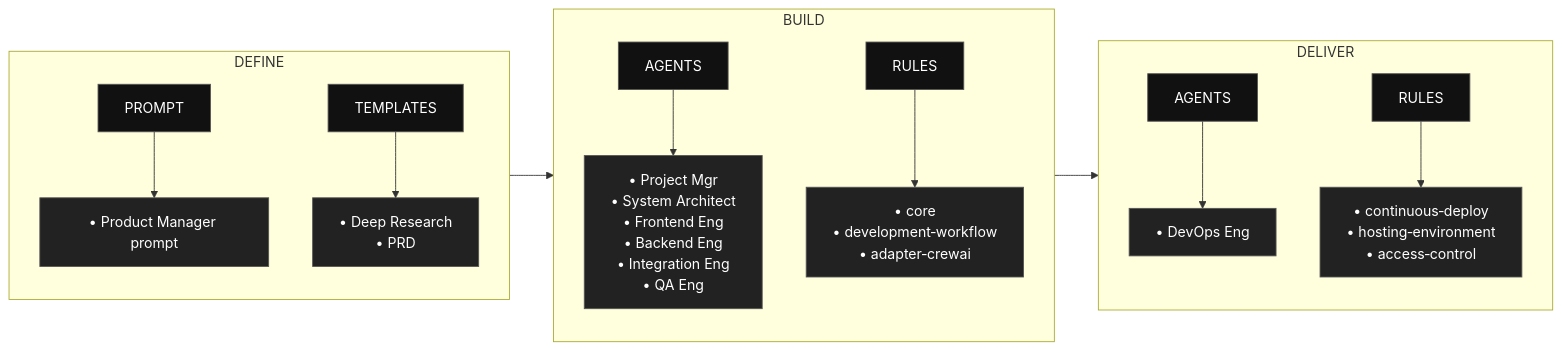
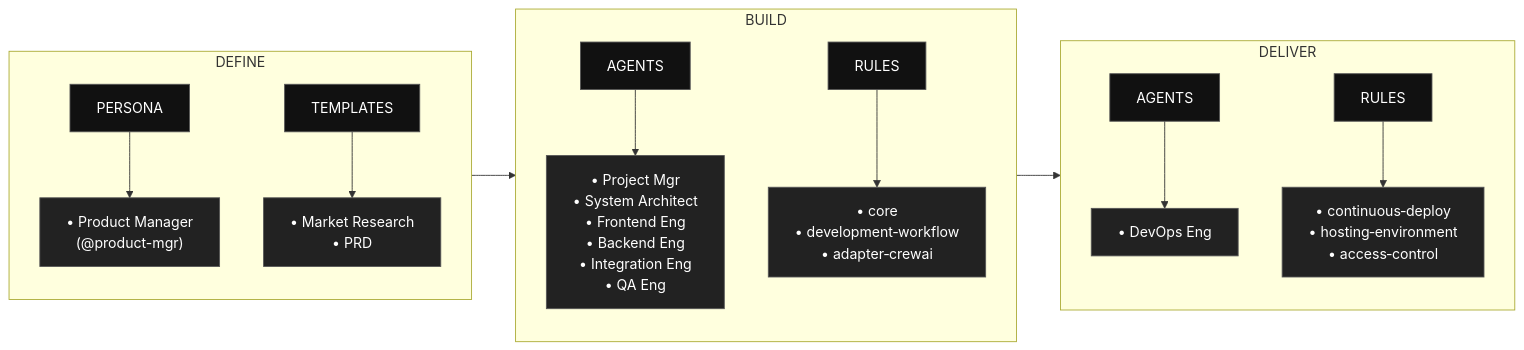
The diagram in README.md (synaptic-ai-consulting/AAMAD), drawn with Mermaid before and after one commit. The commit also changed other lines of this file and 3 other files, not shown here.

````diff
--- a/README.md
+++ b/README.md
@@ -37,23 +39,23 @@
 ```mermaid
 flowchart LR
   %% AAMAD phases overview
   subgraph P1[DEFINE]
-    D1H[ PROMPT ]:::hdr --> D1L["• Product Manager prompt"]:::list
-    D2H[TEMPLATES]:::hdr --> D2L["• Deep Research<br/>• PRD"]:::list
+    D1H[ PERSONA ]:::hdr --> D1L["• Product Manager<br/>(@product-mgr)"]:::list
+    D2H[TEMPLATES]:::hdr --> D2L["• Market Research<br/>• PRD"]:::list
   end
 
   subgraph P2[BUILD]
     B1H[AGENTS]:::hdr --> B1L["• Project Mgr<br/>• System Architect<br/>• Frontend Eng<br/>• Backend Eng<br/>• Integration Eng<br/>• QA Eng"]:::list
     B2H[RULES]:::hdr --> B2L["• core<br/>• development‑workflow<br/>• adapter‑crewai"]:::list
   end
 
   subgraph P3[DELIVER]
     L1H[AGENTS]:::hdr --> L1L["• DevOps Eng"]:::list
     L2H[RULES]:::hdr --> L2L["• continuous‑deploy<br/>• hosting‑environment<br/>• access‑control"]:::list
   end
 
   P1 --> P2 --> P3
 
   classDef hdr fill:#111,stroke:#555,color:#fff;
   classDef list fill:#222,stroke:#555,color:#fff;
 ``` 
````
